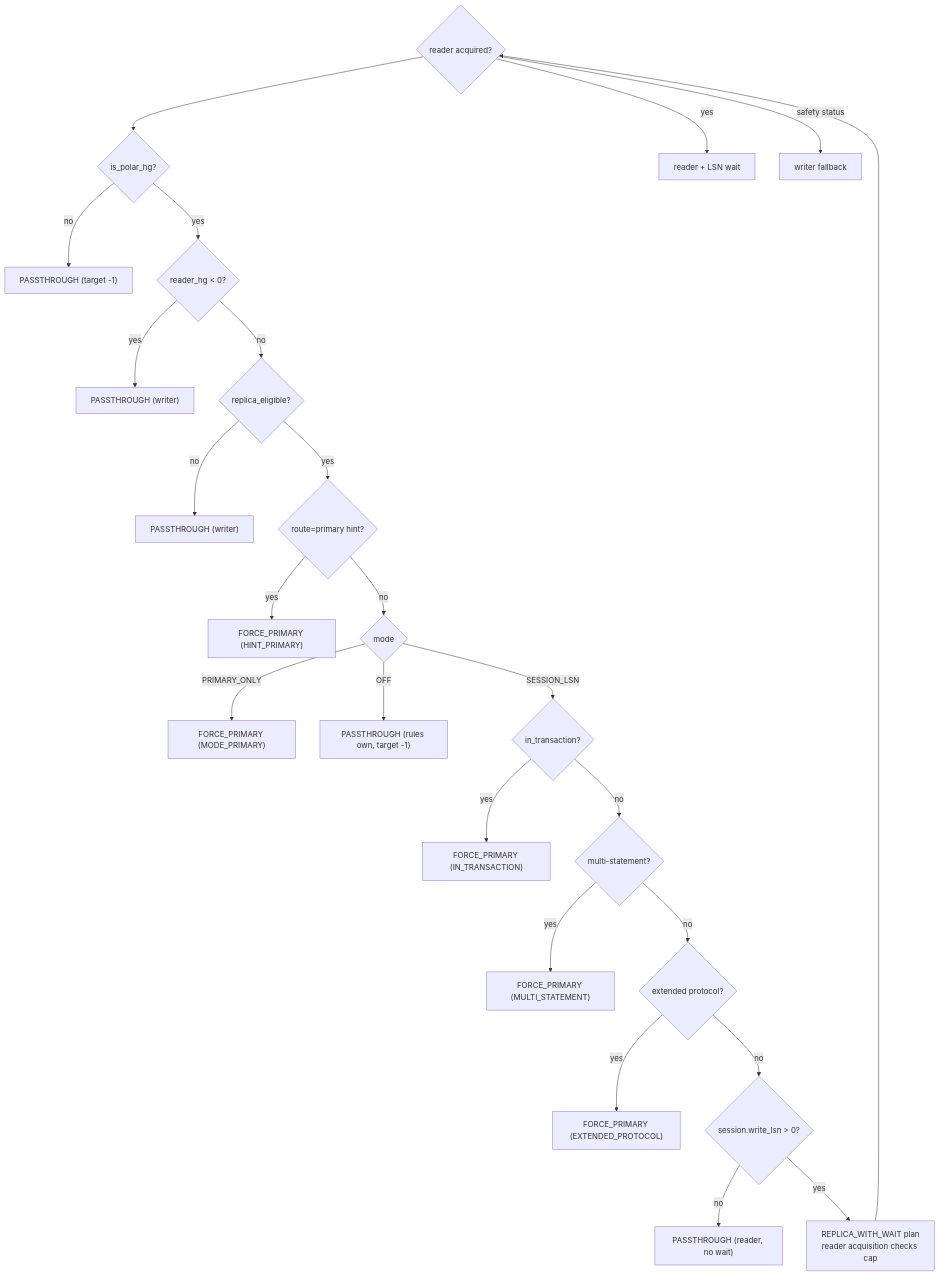
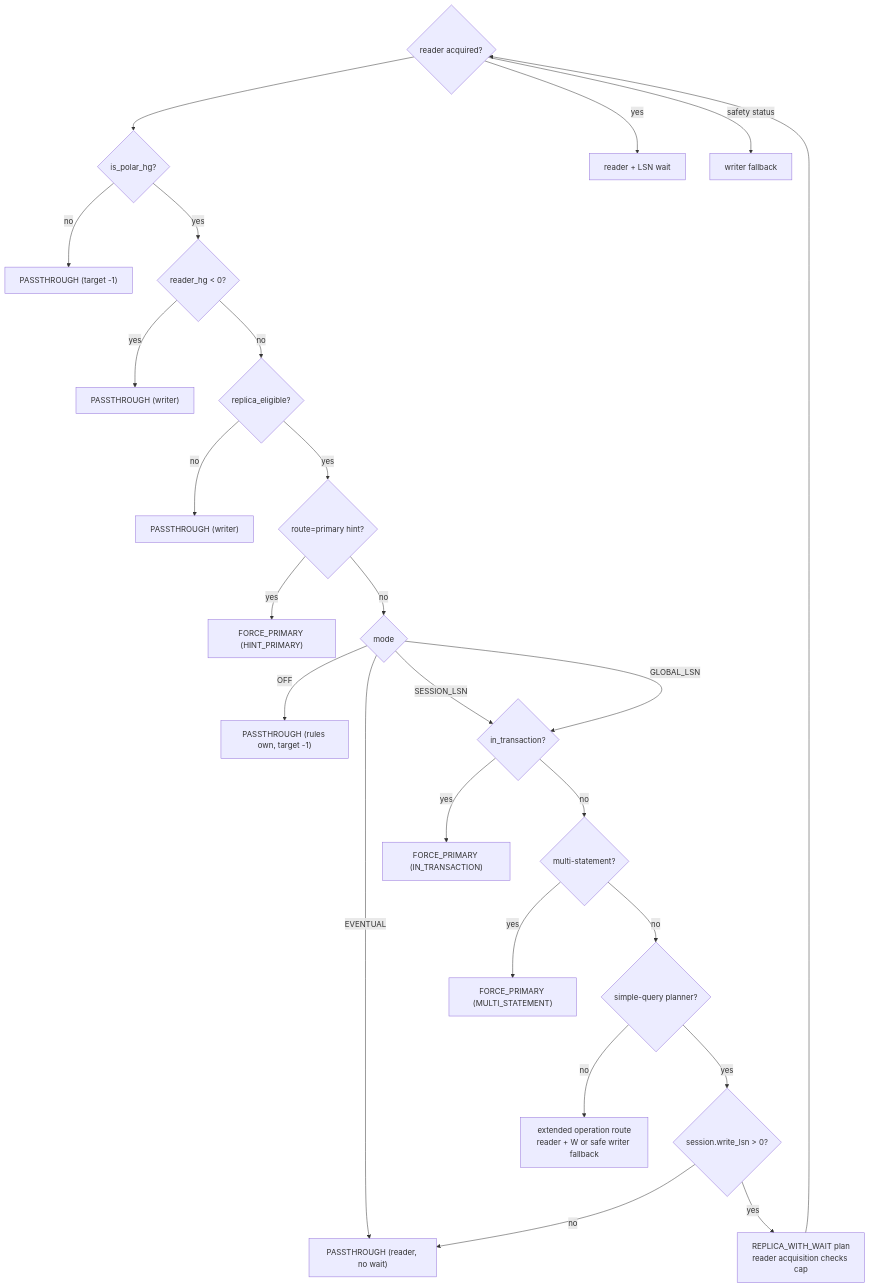
Before and after one commit to awide-labs/polar-proxy: the second of 4 diagrams in doc/polardb-arch/13-QUERY-LIFECYCLE-AND-TRACES.md, drawn with Mermaid. The commit also changed other lines of this file and 29 other files, not shown here.

First line of the commit message:
docs(polardb): document v15_wait extended query flow

````diff
--- a/doc/polardb-arch/13-QUERY-LIFECYCLE-AND-TRACES.md
+++ b/doc/polardb-arch/13-QUERY-LIFECYCLE-AND-TRACES.md
@@ -650,26 +664,27 @@
 ```mermaid
 flowchart TD
     A["plan(route_ctx)"] --> B{is_polar_hg?}
     B -- no --> P0["PASSTHROUGH (target -1)"]
     B -- yes --> C{reader_hg < 0?}
     C -- yes --> P1["PASSTHROUGH (writer)"]
     C -- no --> D{replica_eligible?}
     D -- no --> P2["PASSTHROUGH (writer)"]
     D -- yes --> E{route=primary hint?}
     E -- yes --> F1["FORCE_PRIMARY (HINT_PRIMARY)"]
     E -- no --> G{mode}
-    G -- PRIMARY_ONLY --> F2["FORCE_PRIMARY (MODE_PRIMARY)"]
     G -- OFF --> P3["PASSTHROUGH (rules own, target -1)"]
+    G -- EVENTUAL --> P4["PASSTHROUGH to reader, no wait"]
     G -- SESSION_LSN --> H{in_transaction?}
+    G -- GLOBAL_LSN --> H
     H -- yes --> F3["FORCE_PRIMARY (IN_TRANSACTION)"]
     H -- no --> I{multi-statement?}
     I -- yes --> F4["FORCE_PRIMARY (MULTI_STATEMENT)"]
-    I -- no --> J{extended protocol?}
-    J -- yes --> F5["FORCE_PRIMARY (EXTENDED_PROTOCOL)"]
-    J -- no --> K{session.write_lsn > 0?}
+    I -- no --> J{simple-query planner?}
+    J -- no --> F5["extended operation route<br/>reader + W or safe writer fallback"]
+    J -- yes --> K{session.write_lsn > 0?}
     K -- no --> P4["PASSTHROUGH (reader, no wait)"]
     K -- yes --> R["REPLICA_WITH_WAIT plan\nreader acquisition checks cap"]
     R --> A{reader acquired?}
     A -- yes --> S["reader + LSN wait"]
     A -- safety status --> F6["writer fallback"]
 ```
````
